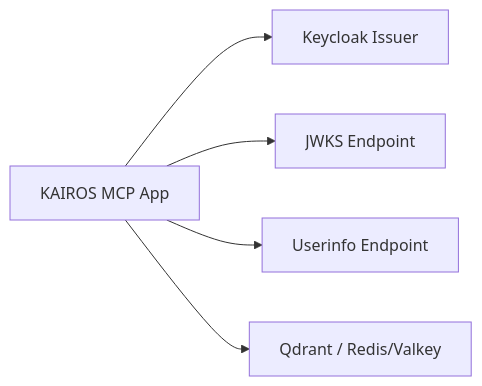
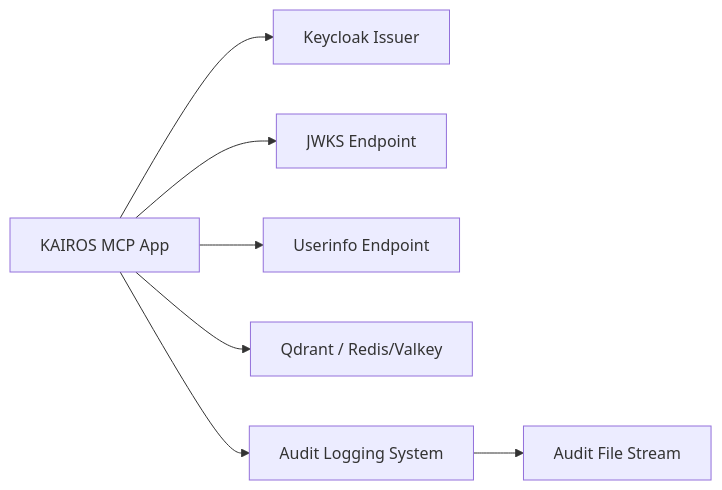
The fifth of 5 diagrams in .qoder/repowiki/en/content/Security Considerations.md (debian777/kairos-mcp), drawn with Mermaid before and after one commit. The commit also changed other lines of this file and 5 other files, not shown here.

````diff
--- a/.qoder/repowiki/en/content/Security Considerations.md
+++ b/.qoder/repowiki/en/content/Security Considerations.md
@@ -262,7 +365,9 @@
 ```mermaid
 graph LR
 APP["KAIROS MCP App"] --> ISSUER["Keycloak Issuer"]
 APP --> JWKS["JWKS Endpoint"]
 APP --> USERINFO["Userinfo Endpoint"]
 APP --> STORE["Qdrant / Redis/Valkey"]
+APP --> AUDIT["Audit Logging System"]
+AUDIT --> FILE["Audit File Stream"]
 ```
````
